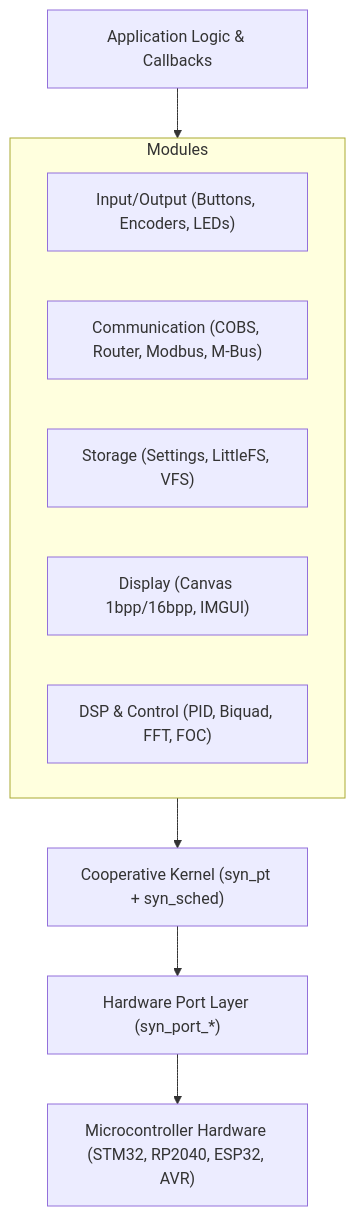
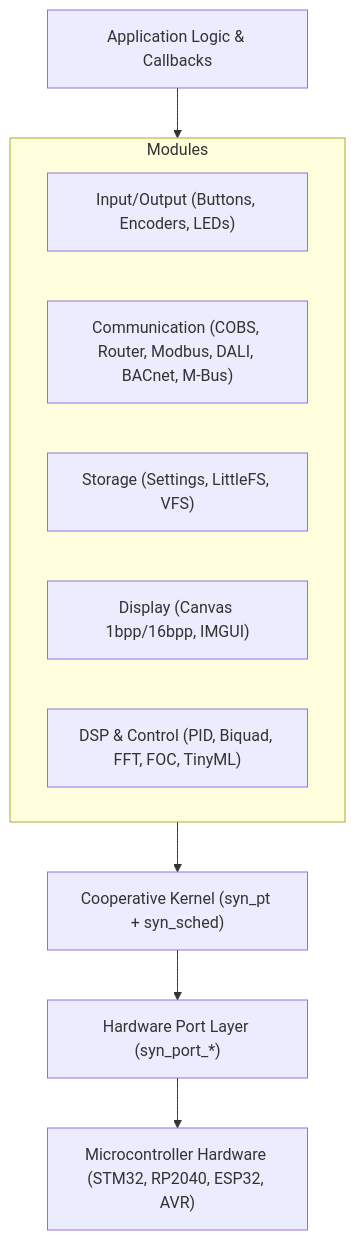
The diagram in README.md (chenyurong22/SyntropicOS), drawn with Mermaid before and after one commit.

Commit message:
docs(readme): update system architecture mermaid diagram with DALI, BACnet, and TinyML

````diff
--- a/README.md
+++ b/README.md
@@ -31,16 +31,17 @@
 ```mermaid
 flowchart TD
     App["Application Logic & Callbacks"] --> Modules["SyntropicOS Non-Blocking State Machine Modules"]
     
     subgraph Modules
         IO["Input/Output (Buttons, Encoders, LEDs)"]
-        Comm["Communication (COBS, Router, Modbus, M-Bus)"]
+        Comm["Communication (COBS, Router, Modbus, DALI, BACnet, M-Bus)"]
         Storage["Storage (Settings, LittleFS, VFS)"]
         Display["Display (Canvas 1bpp/16bpp, IMGUI)"]
-        DSP["DSP & Control (PID, Biquad, FFT, FOC)"]
+        DSP["DSP & Control (PID, Biquad, FFT, FOC, TinyML)"]
+
     end
     
     Modules --> Kernel["Cooperative Kernel (syn_pt + syn_sched)"]
     Kernel --> HAL["Hardware Port Layer (syn_port_*)"]
     HAL --> Hardware["Microcontroller Hardware (STM32, RP2040, ESP32, AVR)"]
 ```
````
